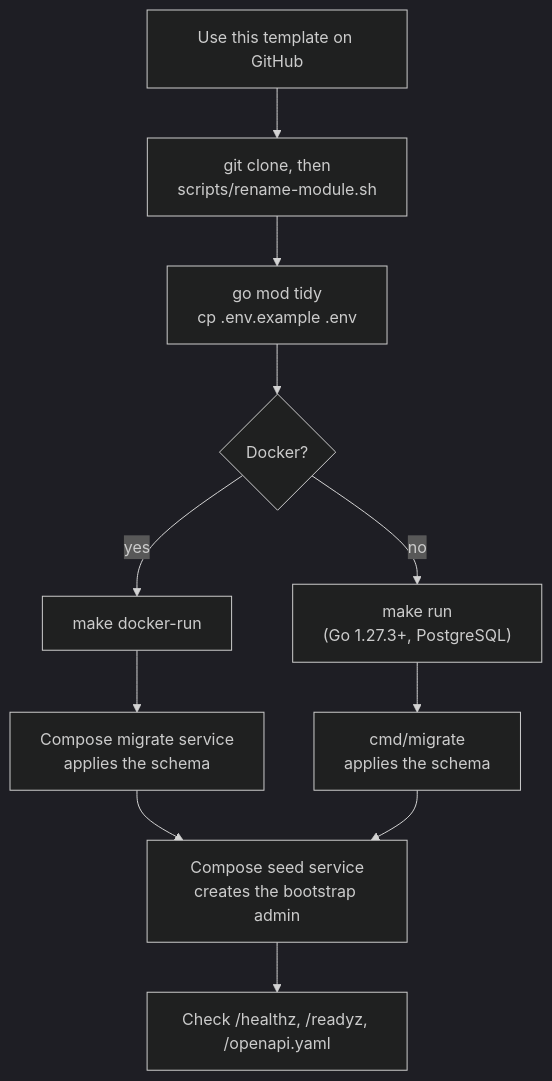
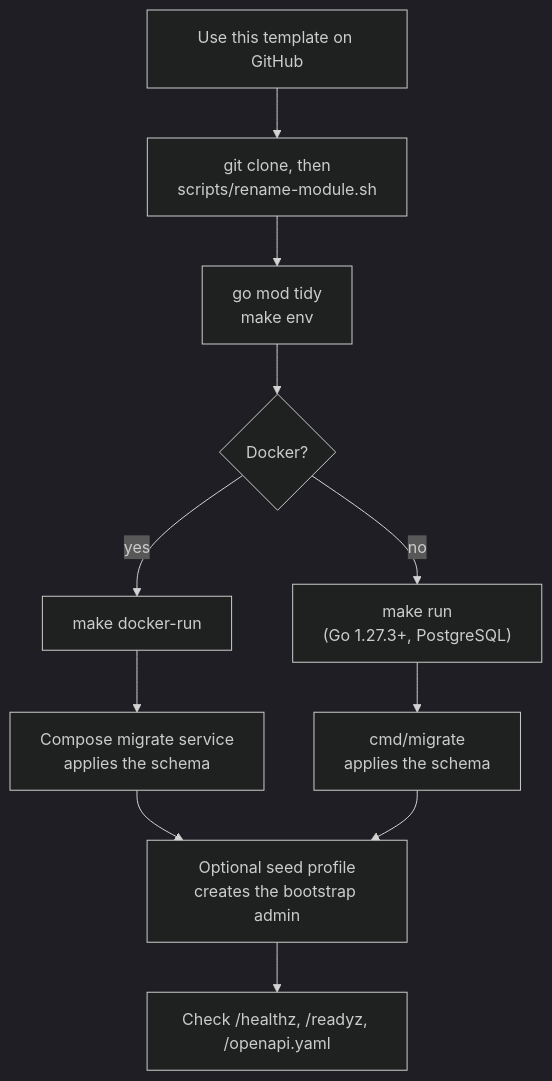
The second of 2 diagrams in README.md (chuanghiduoc/fiber-golang-boilerplate), drawn with Mermaid (dark theme) before and after one commit. The commit also changed other lines of this file and 353 other files, not shown here.

````diff
--- a/README.md
+++ b/README.md
@@ -94,13 +94,13 @@
 ```mermaid
 flowchart TD
     A["Use this template on GitHub"] --> B["git clone, then<br/>scripts/rename-module.sh"]
-    B --> C["go mod tidy<br/>cp .env.example .env"]
+    B --> C["go mod tidy<br/>make env"]
     C --> D{Docker?}
     D -->|yes| E["make docker-run"]
     D -->|no| F["make run<br/>(Go 1.27.3+, PostgreSQL)"]
     E --> G["Compose migrate service<br/>applies the schema"]
     F --> H["cmd/migrate<br/>applies the schema"]
-    G --> I["Compose seed service<br/>creates the bootstrap admin"]
+    G --> I["Optional seed profile<br/>creates the bootstrap admin"]
     H --> I
     I --> J["Check /healthz, /readyz, /openapi.yaml"]
 ```
````
